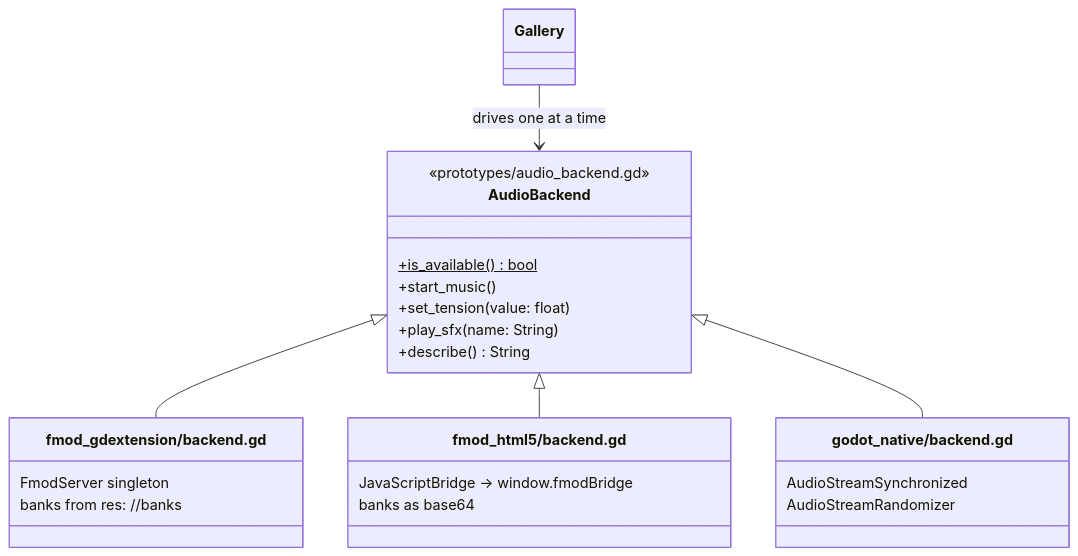
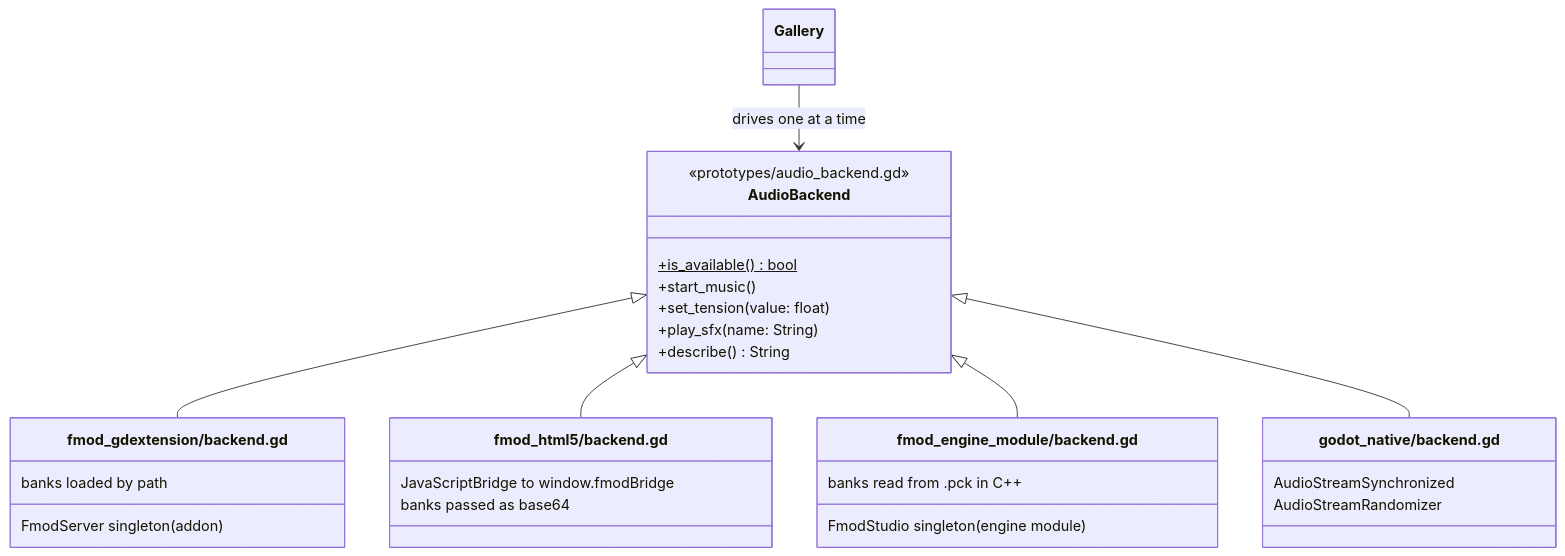
Before and after one commit to THE-ORONCO/prototype-fmod-audio-in-godot-web-export: the first of 3 diagrams in docs/architecture.md, drawn with Mermaid. The commit also changed other lines of this file and 20 other files, not shown here.

Commit message:
Add FMOD engine module with custom web template integration

````diff
--- a/docs/architecture.md
+++ b/docs/architecture.md
@@ -9,27 +9,32 @@
 ```mermaid
 classDiagram
     class AudioBackend {
-<<prototypes/audio_backend.gd>>
-+is_available()$ bool
-+start_music()
-+set_tension(value: float)
-+play_sfx(name: String)
-+describe() String
-}
-class FmodGdextension["fmod_gdextension/backend.gd"] {
-FmodServer singleton
-banks from res: //banks
-}
-class FmodHtml5["fmod_html5/backend.gd"] {
-JavaScriptBridge → window.fmodBridge
-banks as base64
- }
-class GodotNative["godot_native/backend.gd"] {
-AudioStreamSynchronized
-AudioStreamRandomizer
-}
-AudioBackend <|-- FmodGdextension
-AudioBackend <|-- FmodHtml5
-AudioBackend <|-- GodotNative
-Gallery --> AudioBackend: drives one at a time
+        <<prototypes/audio_backend.gd>>
+        +is_available()$ bool
+        +start_music()
+        +set_tension(value: float)
+        +play_sfx(name: String)
+        +describe() String
+    }
+    class FmodGdextension["fmod_gdextension/backend.gd"] {
+        FmodServer singleton (addon)
+        banks loaded by path
+    }
+    class FmodHtml5["fmod_html5/backend.gd"] {
+        JavaScriptBridge to window.fmodBridge
+        banks passed as base64
+    }
+    class FmodEngineModule["fmod_engine_module/backend.gd"] {
+        FmodStudio singleton (engine module)
+        banks read from .pck in C++
+    }
+    class GodotNative["godot_native/backend.gd"] {
+        AudioStreamSynchronized
+        AudioStreamRandomizer
+    }
+    AudioBackend <|-- FmodGdextension
+    AudioBackend <|-- FmodHtml5
+    AudioBackend <|-- FmodEngineModule
+    AudioBackend <|-- GodotNative
+    Gallery --> AudioBackend : drives one at a time
 ```
````
